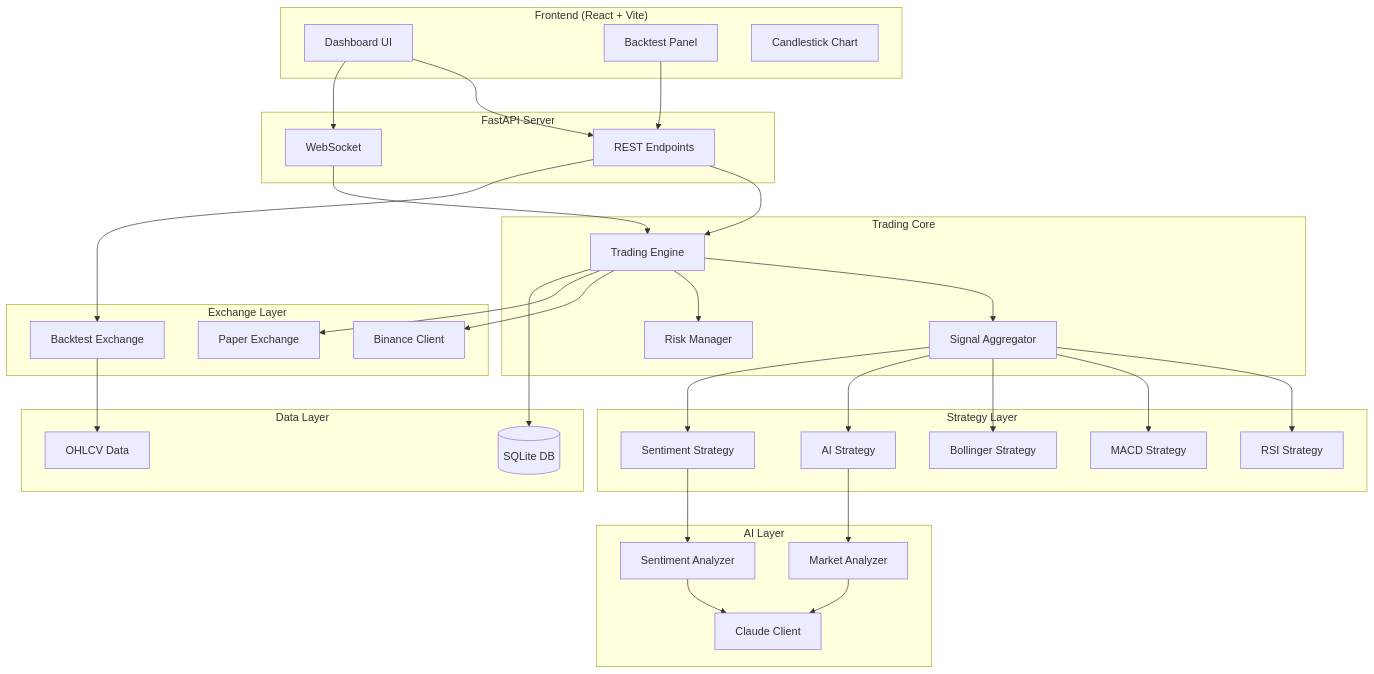
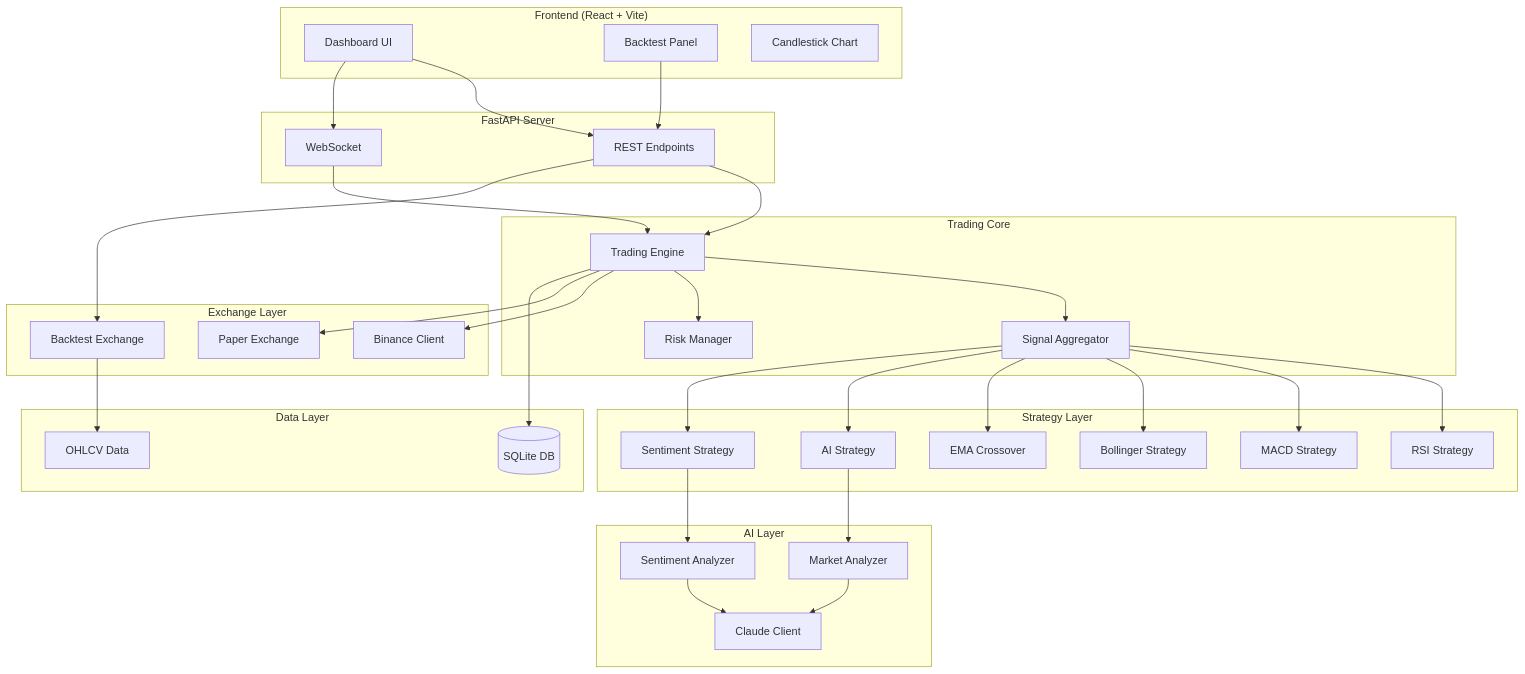
One commit to tarmosalong/tradingbot changed the first of 18 diagrams in README.md. Above: the diagram before and after it, drawn with Mermaid. The commit also changed other lines of this file and 14 other files, not shown here.

First line of the commit message:
feat(strategy): add EMA crossover strategy and harden signal aggregator

````diff
--- a/README.md
+++ b/README.md
@@ -49,60 +49,61 @@
 ```mermaid
 graph TB
     subgraph Frontend["Frontend (React + Vite)"]
         UI[Dashboard UI]
         BT[Backtest Panel]
         CC[Candlestick Chart]
     end
 
     subgraph API["FastAPI Server"]
         REST[REST Endpoints]
         WS[WebSocket]
     end
 
     subgraph Core["Trading Core"]
         TE[Trading Engine]
         AGG[Signal Aggregator]
         RM[Risk Manager]
     end
 
     subgraph Strategies["Strategy Layer"]
         RSI[RSI Strategy]
         MACD[MACD Strategy]
         BOLL[Bollinger Strategy]
+        EMA_S[EMA Crossover]
         AIS[AI Strategy]
         SENT[Sentiment Strategy]
     end
 
     subgraph Exchange["Exchange Layer"]
         BIN[Binance Client]
         PAP[Paper Exchange]
         BEX[Backtest Exchange]
     end
 
     subgraph AILayer["AI Layer"]
         CL[Claude Client]
         MA[Market Analyzer]
         SA[Sentiment Analyzer]
     end
 
     subgraph Data["Data Layer"]
         DB[(SQLite DB)]
         OHLCV[OHLCV Data]
     end
 
     UI --> REST
     BT --> REST
     UI --> WS
     REST --> TE
     REST --> BEX
     WS --> TE
     TE --> AGG
-    AGG --> RSI & MACD & BOLL
+    AGG --> RSI & MACD & BOLL & EMA_S
     AGG --> AIS & SENT
     AIS --> MA --> CL
     SENT --> SA --> CL
     TE --> RM
     TE --> BIN & PAP
     BEX --> OHLCV
     TE --> DB
 ```
````
